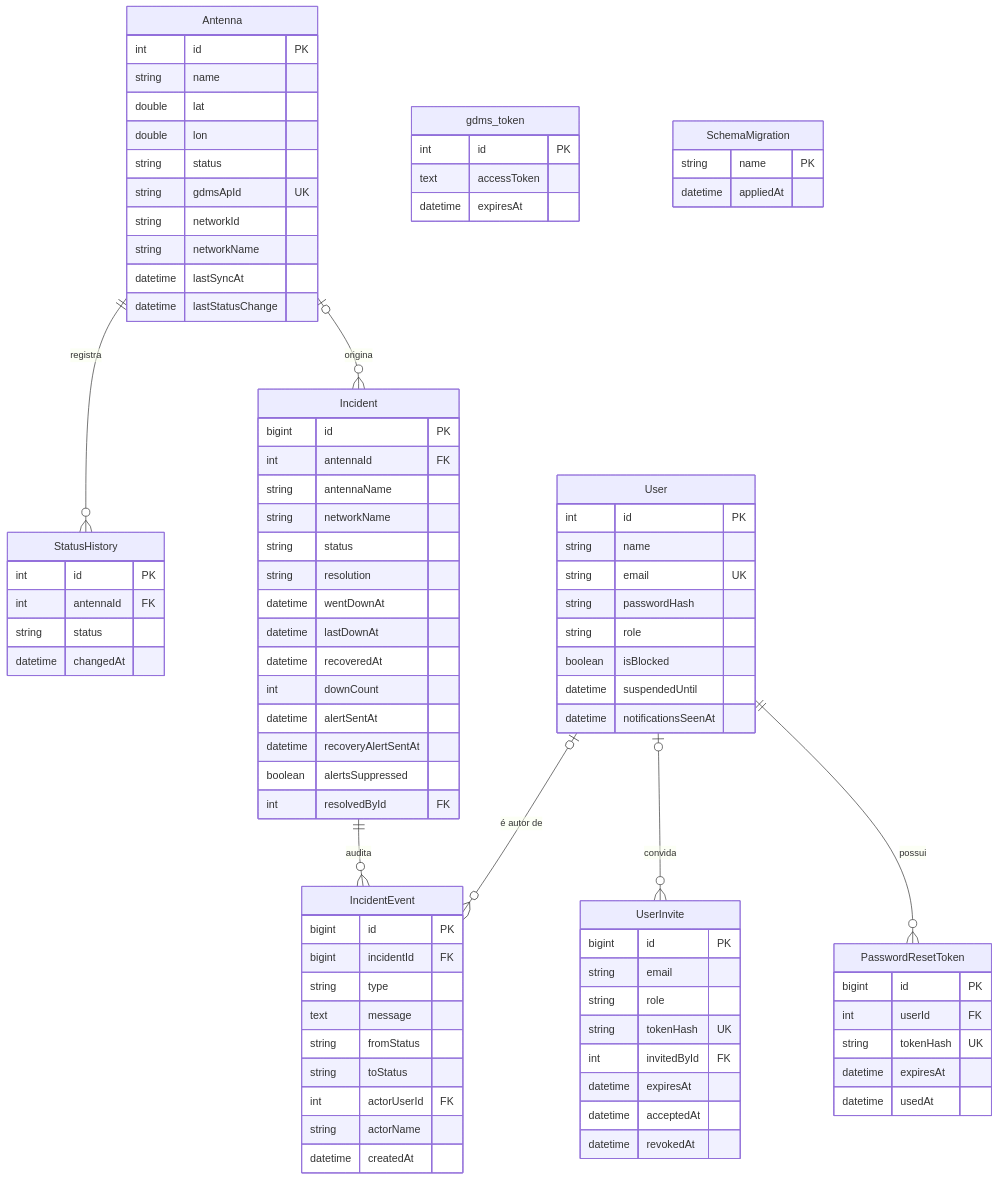
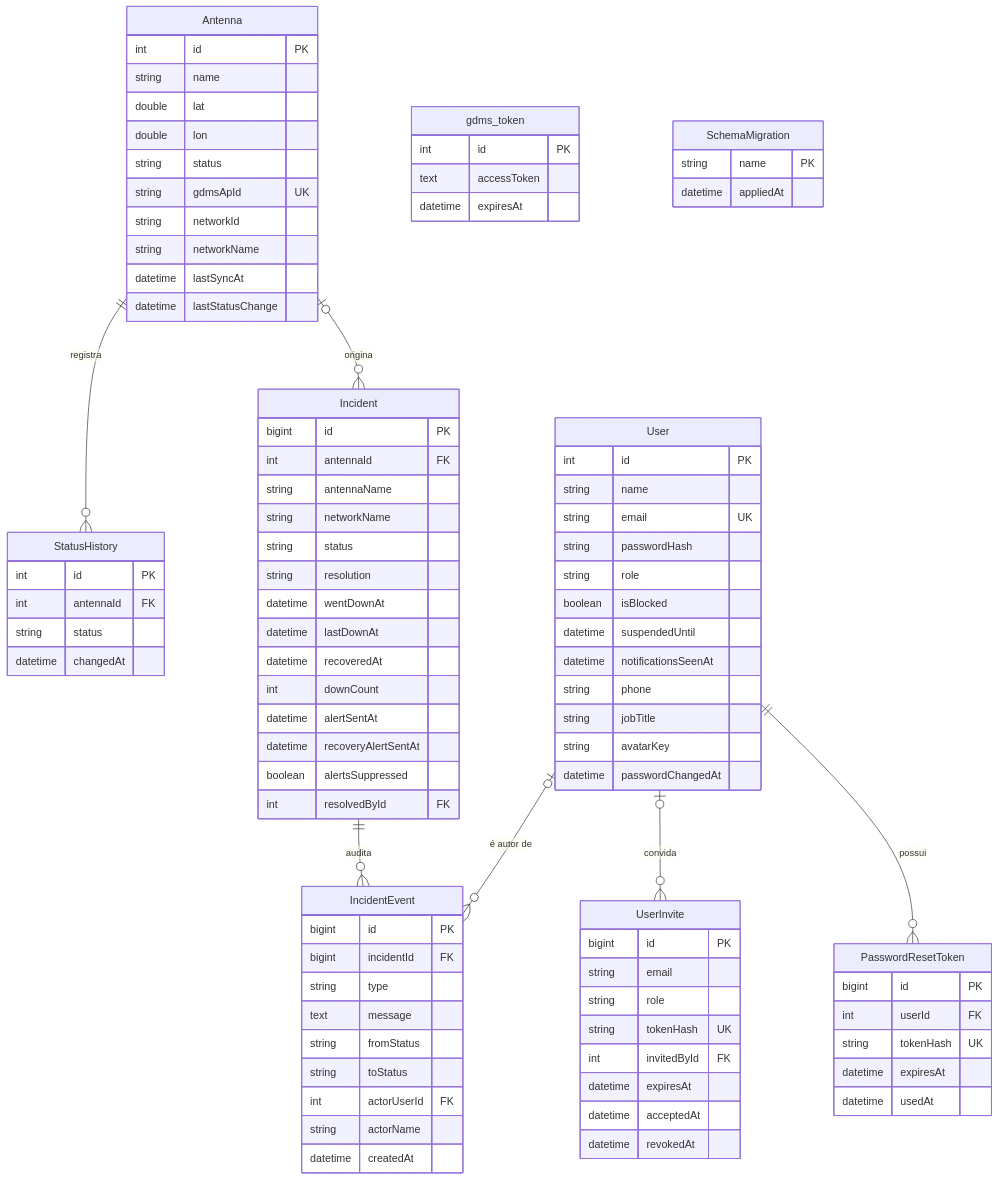
The fifth of 5 diagrams in README.md (jefersonrocha-py/statsAP), drawn with Mermaid before and after one commit. The commit also changed other lines of this file and 1 other file, not shown here.

```diff
--- a/README.md
+++ b/README.md
@@ -439,6 +469,10 @@
     boolean isBlocked
     datetime suspendedUntil
     datetime notificationsSeenAt
+    string phone
+    string jobTitle
+    string avatarKey
+    datetime passwordChangedAt
   }
   UserInvite {
     bigint id PK
```
